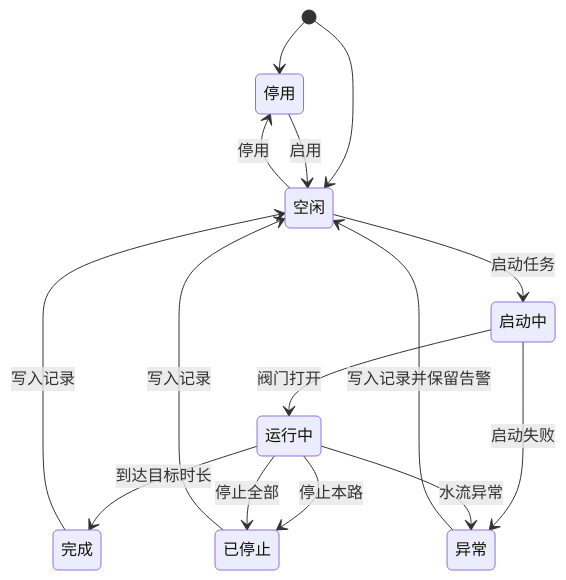
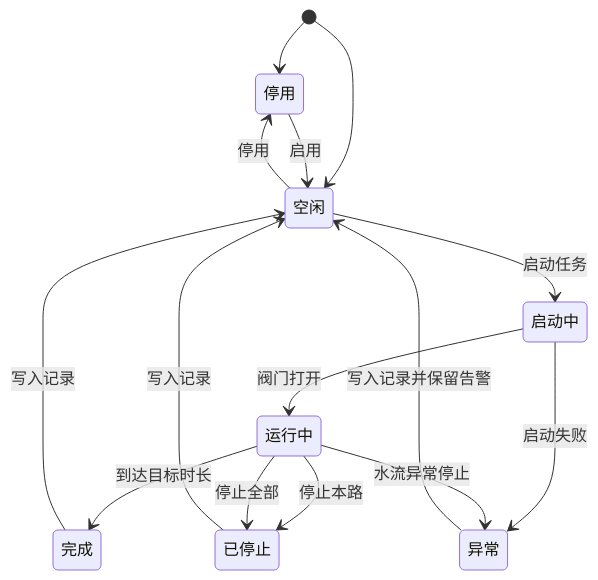
The first of 6 diagrams in 灌溉系统核心逻辑说明.md (tangyangguang/Esp32_Irrigation), drawn with Mermaid before and after one commit. The commit also changed other lines of this file, not shown here.

````diff
--- a/灌溉系统核心逻辑说明.md
+++ b/灌溉系统核心逻辑说明.md
@@ -113,21 +113,21 @@
 ```mermaid
 stateDiagram-v2
     [*] --> 停用
     [*] --> 空闲
 
     停用 --> 空闲: 启用
     空闲 --> 停用: 停用
 
     空闲 --> 启动中: 启动任务
     启动中 --> 运行中: 阀门打开
     启动中 --> 异常: 启动失败
 
     运行中 --> 完成: 到达目标时长
     运行中 --> 已停止: 停止本路
     运行中 --> 已停止: 停止全部
-    运行中 --> 异常: 水流异常
+    运行中 --> 异常: 水流异常停止
 
     完成 --> 空闲: 写入记录
     已停止 --> 空闲: 写入记录
     异常 --> 空闲: 写入记录并保留告警
 ```
````
